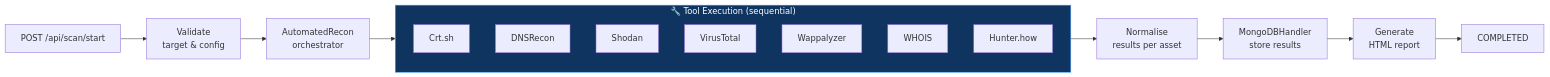
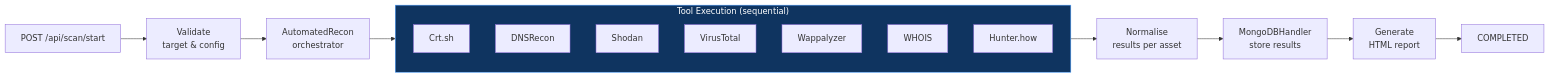
The second of 3 diagrams in docs/architecture.md (gvmmo/ThreatHunt), drawn with Mermaid before and after one commit.

````diff
--- a/docs/architecture.md
+++ b/docs/architecture.md
@@ -95,24 +95,24 @@
 ```mermaid
 flowchart LR
     Request["POST /api/scan/start"] --> Validate["Validate\ntarget & config"]
     Validate --> AutoRecon["AutomatedRecon\norchestrator"]
  
     AutoRecon --> Tools
  
-    subgraph Tools ["🔧 Tool Execution (sequential)"]
+    subgraph Tools ["Tool Execution (sequential)"]
         T1["Crt.sh"]
         T2["DNSRecon"]
         T3["Shodan"]
         T4["VirusTotal"]
         T5["Wappalyzer"]
         T6["WHOIS"]
         T7["Hunter.how"]
     end
  
     Tools --> Normalise["Normalise\nresults per asset"]
     Normalise --> MongoDB["MongoDBHandler\nstore results"]
     MongoDB --> Report["Generate\nHTML report"]
     Report --> Done["COMPLETED"]
  
     style Tools fill:#0f3460,stroke:#4a9eff,color:#fff
 ```
````
